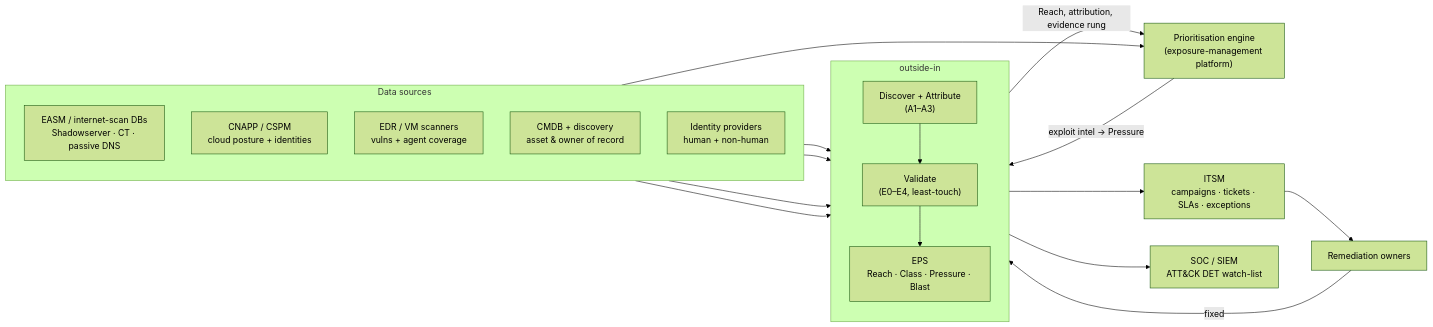
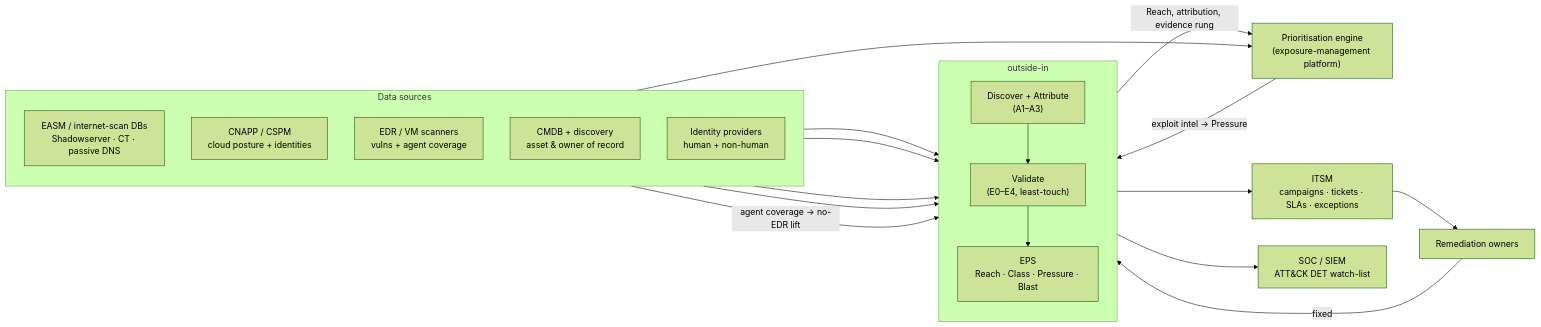
Before and after one commit to d6falcon/outside-in: the diagram in docs/operating-model.md, drawn with Mermaid (forest theme). The commit also changed 18 other files, not shown here.

````diff
--- a/docs/operating-model.md
+++ b/docs/operating-model.md
@@ -10,35 +10,36 @@
 ```mermaid
 flowchart LR
   subgraph SRC["Data sources"]
     direction TB
     EASM["EASM / internet-scan DBs<br/>Shadowserver · CT · passive DNS"]
     CNAPP["CNAPP / CSPM<br/>cloud posture + identities"]
     EDRVM["EDR / VM scanners<br/>vulns + agent coverage"]
     CMDB["CMDB + discovery<br/>asset & owner of record"]
     IDP["Identity providers<br/>human + non-human"]
   end
 
   subgraph OI["outside-in"]
     direction TB
     D["Discover + Attribute<br/>(A1–A3)"]
     V["Validate<br/>(E0–E4, least-touch)"]
     P["EPS<br/>Reach · Class · Pressure · Blast"]
   end
 
   PE["Prioritisation engine<br/>(exposure-management platform)"]
   ITSM["ITSM<br/>campaigns · tickets · SLAs · exceptions"]
   SOC["SOC / SIEM<br/>ATT&CK DET watch-list"]
   RO["Remediation owners"]
 
   EASM --> D
   CNAPP --> V
   CMDB --> D
   IDP --> V
   D --> V --> P
   P -- "Reach, attribution, evidence rung" --> PE
   EDRVM --> PE
+  EDRVM -- "agent coverage → no-EDR lift" --> P
   PE -- "exploit intel → Pressure" --> P
   P --> ITSM --> RO
   P --> SOC
   RO -- "fixed" --> V
 ```
````
